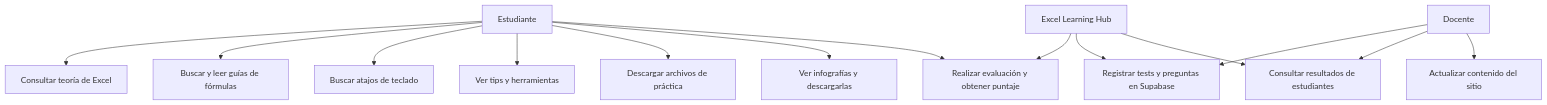
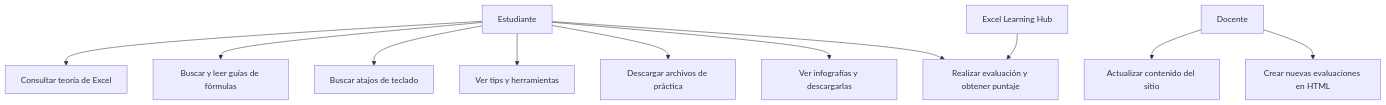
The first of 2 diagrams in docs/CONTEXTO_PROYECTO.md (Samydex156/vanilla-blog-excel), drawn with Mermaid before and after one commit. The commit also changed other lines of this file and 6 other files, not shown here.

Commit message:
docs: actualizar documentacion tras eliminacion de Supabase y evaluaciones estaticas

````diff
--- a/docs/CONTEXTO_PROYECTO.md
+++ b/docs/CONTEXTO_PROYECTO.md
@@ -22,18 +22,15 @@
 ```mermaid
 flowchart TD
     E[Estudiante] --> U1[Consultar teoría de Excel]
     E --> U2[Buscar y leer guías de fórmulas]
     E --> U3[Buscar atajos de teclado]
     E --> U4[Ver tips y herramientas]
     E --> U5[Descargar archivos de práctica]
     E --> U6[Ver infografías y descargarlas]
     E --> U7[Realizar evaluación y obtener puntaje]
 
-    D[Docente] --> U8[Registrar tests y preguntas en Supabase]
-    D --> U9[Consultar resultados de estudiantes]
-    D --> U10[Actualizar contenido del sitio]
+    D[Docente] --> U8[Actualizar contenido del sitio]
+    D --> U9[Crear nuevas evaluaciones en HTML]
 
     Sistema[Excel Learning Hub] --> U7
-    Sistema --> U8
-    Sistema --> U9
 ```
````
